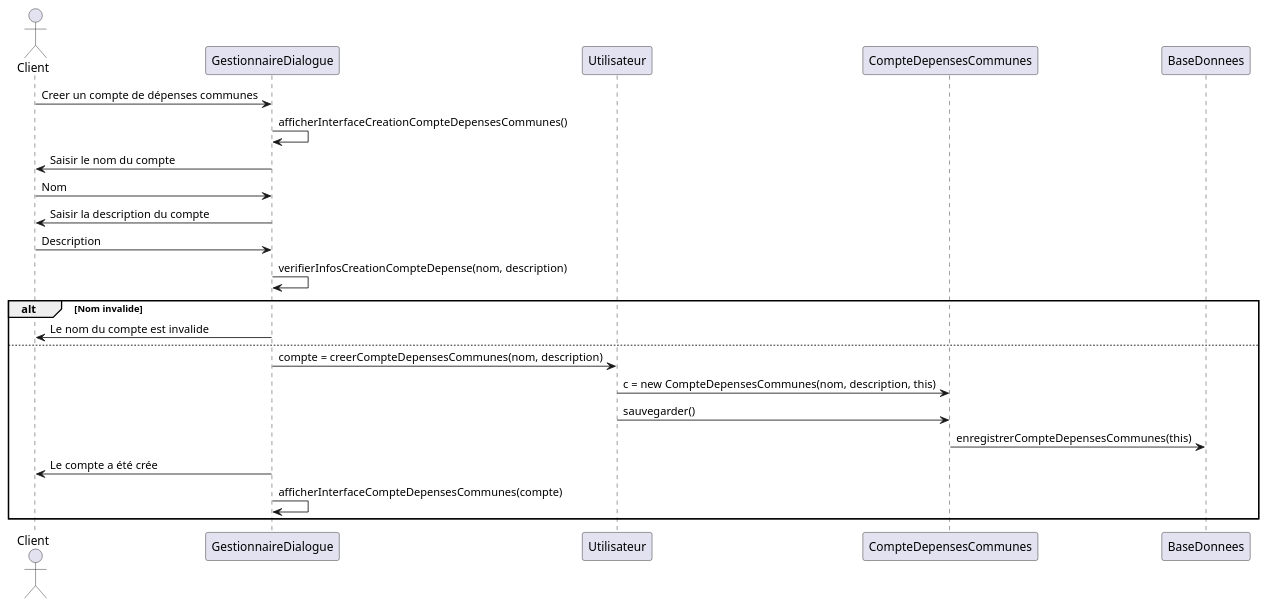
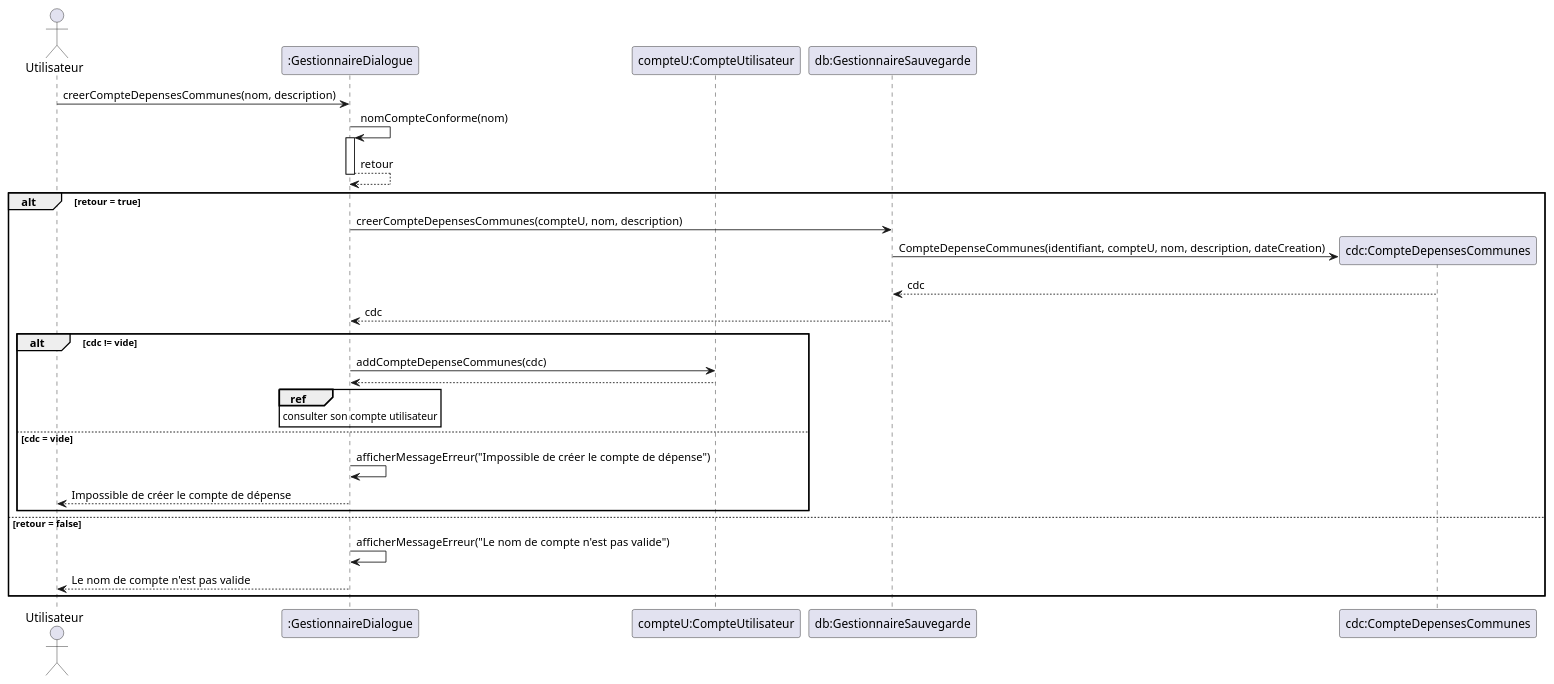
Before and after one commit to lmtb06/sharecount: the diagram in diagrammes/conception/creer-compte-depenses.puml, drawn with PlantUML. The commit also changed 5 other files, not shown here.

Commit message:
-mise à jour diagramme de séquence de conception de creer-compte-depenses -mise à jour diagramme de séquence de specification de creer-compte-depenses

```diff
--- a/diagrammes/conception/creer-compte-depenses.puml
+++ b/diagrammes/conception/creer-compte-depenses.puml
@@ -1,26 +1,30 @@
 @startuml  Creer un compte de dépenses communes
 
-actor Client as client
-participant GestionnaireDialogue as gd
-participant Utilisateur as user
-participant CompteDepensesCommunes as cdc
-participant BaseDonnees as bd
+actor "Utilisateur" as us
+participant ":GestionnaireDialogue" as gd
+participant "compteU:CompteUtilisateur" as cu
+participant "db:GestionnaireSauvegarde" as gs
+participant "cdc:CompteDepensesCommunes" as cdc
 
-client 	-> gd 		: Creer un compte de dépenses communes
-gd 		-> gd 	: afficherInterfaceCreationCompteDepensesCommunes()
-client 	<- gd 		: Saisir le nom du compte
-client 	-> gd 		: Nom
-client 	<- gd 		: Saisir la description du compte
-client 	-> gd 		: Description
-gd 		-> gd 		: verifierInfosCreationCompteDepense(nom, description)
-alt Nom invalide
-client 	<- gd 		: Le nom du compte est invalide
-else
-gd 		-> user 		: compte = creerCompteDepensesCommunes(nom, description)
-user 		-> cdc 		: c = new CompteDepensesCommunes(nom, description, this)
-user 		-> cdc 		: sauvegarder()
-cdc 		-> bd 		: enregistrerCompteDepensesCommunes(this)
-client 	<- gd 		: Le compte a été crée
-gd 	-> gd 		: afficherInterfaceCompteDepensesCommunes(compte)
+us 	-> 	gd : creerCompteDepensesCommunes(nom, description)
+' verification du nom
+gd 	-> 	gd ++: nomCompteConforme(nom)
+gd 	--> 	gd --: retour
+alt retour = true
+gd 	-> 	gs : creerCompteDepensesCommunes(compteU, nom, description)
+gs 	-> 	cdc **: CompteDepenseCommunes(identifiant, compteU, nom, description, dateCreation)
+cdc --> gs : cdc
+gs --> 	gd : cdc
+alt cdc != vide
+gd -> 	cu : addCompteDepenseCommunes(cdc)
+cu 	--> gd :
+ref over gd : consulter son compte utilisateur
+else cdc = vide
+gd 	-> 	gd 	: afficherMessageErreur("Impossible de créer le compte de dépense")
+gd 	--> 	us : Impossible de créer le compte de dépense
+end
+else retour = false
+gd 	-> 	gd : afficherMessageErreur("Le nom de compte n'est pas valide")
+gd 	--> 	us : Le nom de compte n'est pas valide
 end
 @enduml
```
